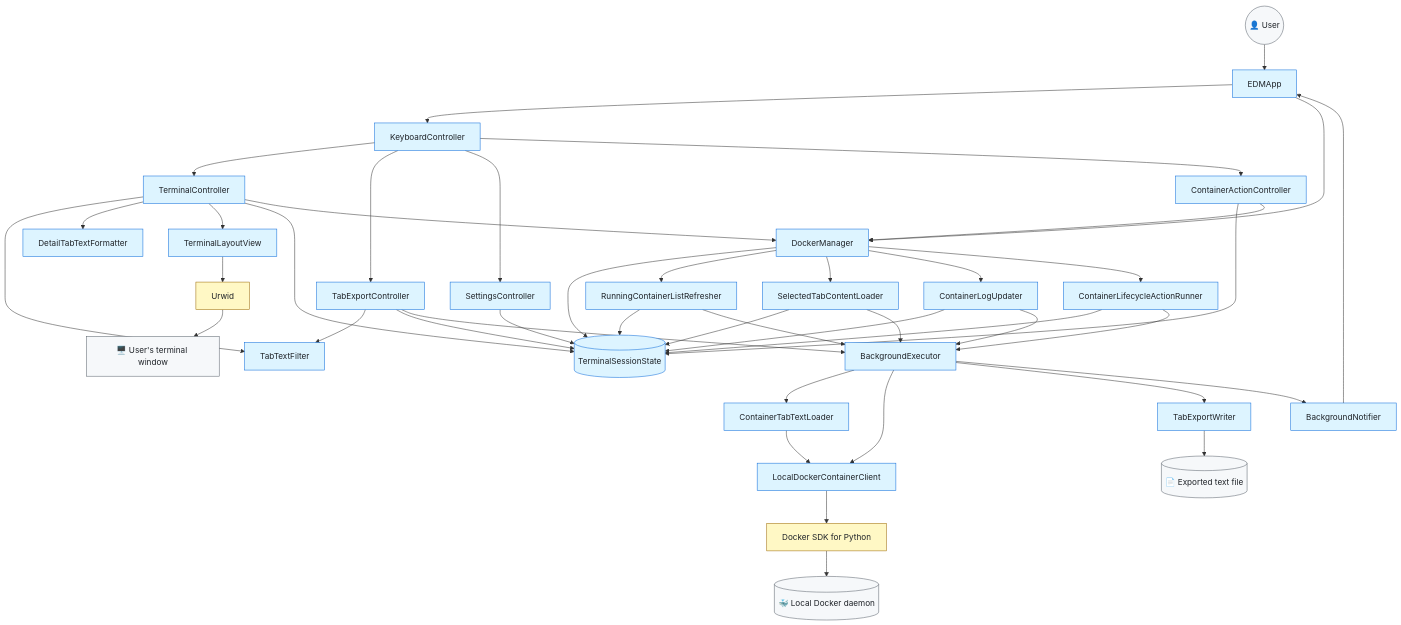
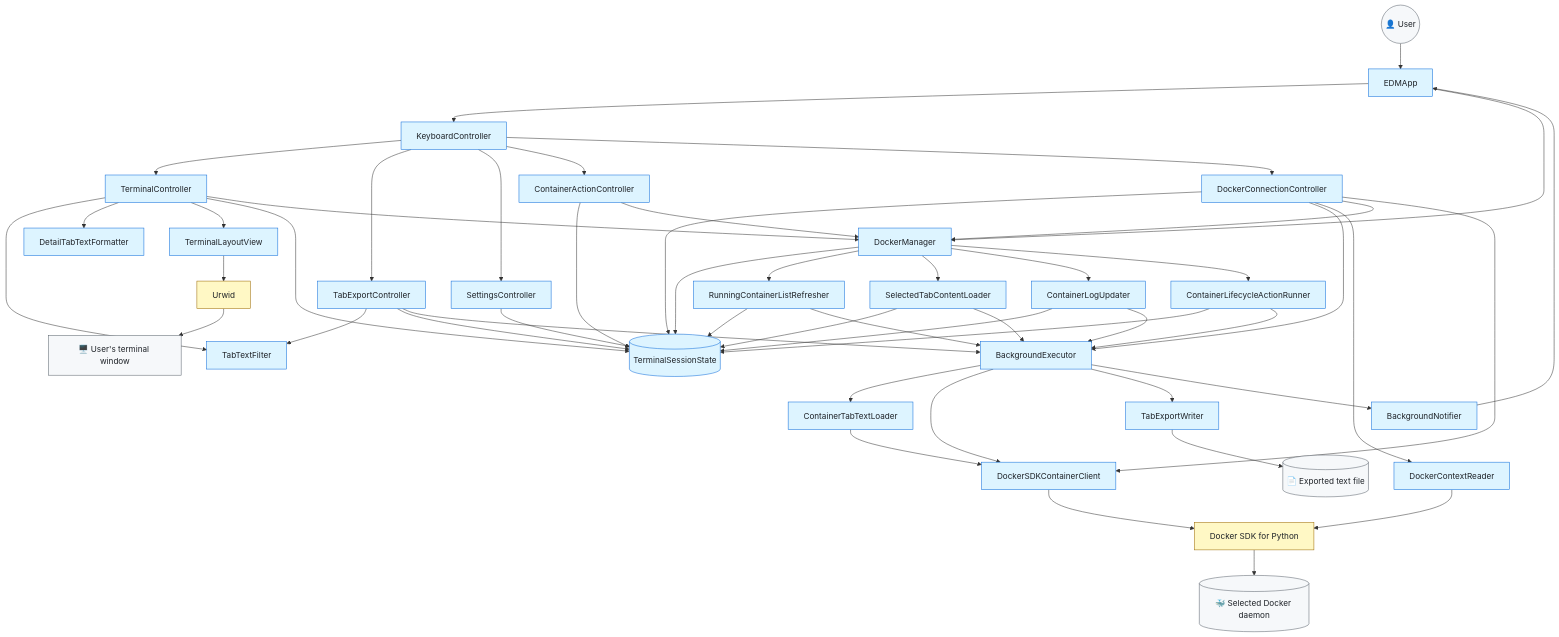
The first of 5 diagrams in DEVELOPMENT_GUIDE.md (arabnejad/edm), drawn with Mermaid before and after one commit. The commit also changed other lines of this file and 41 other files, not shown here.

First line of the commit message:
Add remote Docker context support (#58)

````diff
--- a/DEVELOPMENT_GUIDE.md
+++ b/DEVELOPMENT_GUIDE.md
@@ -104,6 +110,7 @@
     ExportController[TabExportController]
     SettingsController[SettingsController]
     ActionController[ContainerActionController]
+    ConnectionController[DockerConnectionController]
     State[(TerminalSessionState)]
     DockerManager[DockerManager]
     ContainerRefresh[RunningContainerListRefresher]
@@ -113,9 +120,10 @@
     Executor[BackgroundExecutor]
     Notifier[BackgroundNotifier]
     Loader[ContainerTabTextLoader]
-    Client[LocalDockerContainerClient]
+    ContextReader[DockerContextReader]
+    Client[DockerSDKContainerClient]
     DockerSDK[Docker SDK for Python]
-    Docker[(🐳 Local Docker daemon)]
+    Docker[(🐳 Selected Docker daemon)]
     Filter[TabTextFilter]
     Formatter[DetailTabTextFormatter]
     Exporter[TabExportWriter]
@@ -129,6 +137,7 @@
     Keyboard --> ExportController
     Keyboard --> SettingsController
     Keyboard --> ActionController
+    Keyboard --> ConnectionController
 
     UI --> Filter
     UI --> Formatter
@@ -140,6 +149,11 @@
     SettingsController --> State
     ActionController --> State
     ActionController --> DockerManager
+    ConnectionController --> State
+    ConnectionController --> Executor
+    ConnectionController --> ContextReader
+    ConnectionController --> DockerManager
+    ConnectionController --> Client
 
     App --> DockerManager
     UI --> DockerManager
@@ -159,6 +173,7 @@
     Executor --> Loader --> Client
     Executor --> Client
     Executor --> Exporter --> File
+    ContextReader --> DockerSDK
     Client --> DockerSDK --> Docker
 
     Executor --> Notifier --> App
@@ -167,7 +182,7 @@
     classDef thirdParty fill:#fff8c5,stroke:#9a6700,color:#1f2328
     classDef external fill:#f6f8fa,stroke:#57606a,color:#1f2328
 
-    class App,Keyboard,UI,ExportController,SettingsController,ActionController,State,DockerManager,ContainerRefresh,TabLoad,LogUpdates,Lifecycle,Executor,Notifier,Loader,Client,Filter,Formatter,Exporter,View edm
+    class App,Keyboard,UI,ExportController,SettingsController,ActionController,ConnectionController,State,DockerManager,ContainerRefresh,TabLoad,LogUpdates,Lifecycle,Executor,Notifier,Loader,ContextReader,Client,Filter,Formatter,Exporter,View edm
     class DockerSDK,Urwid thirdParty
     class User,Docker,Terminal,File external
 ```
````
